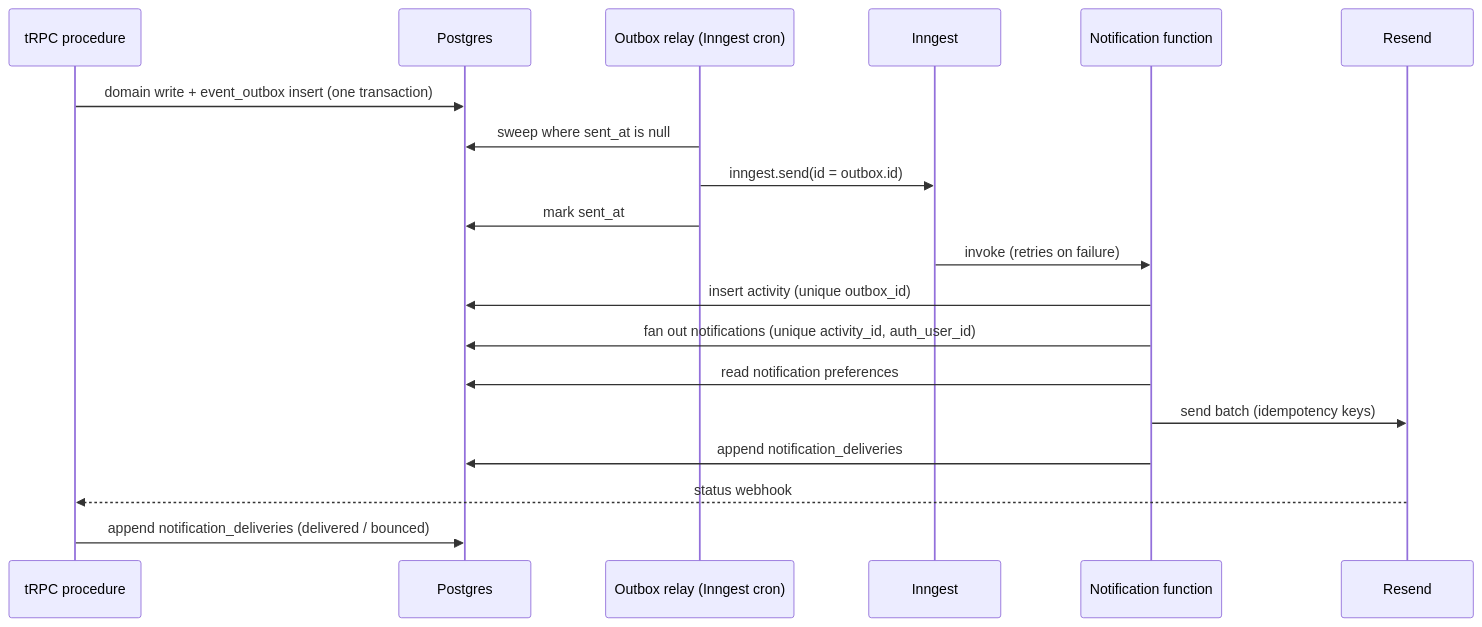
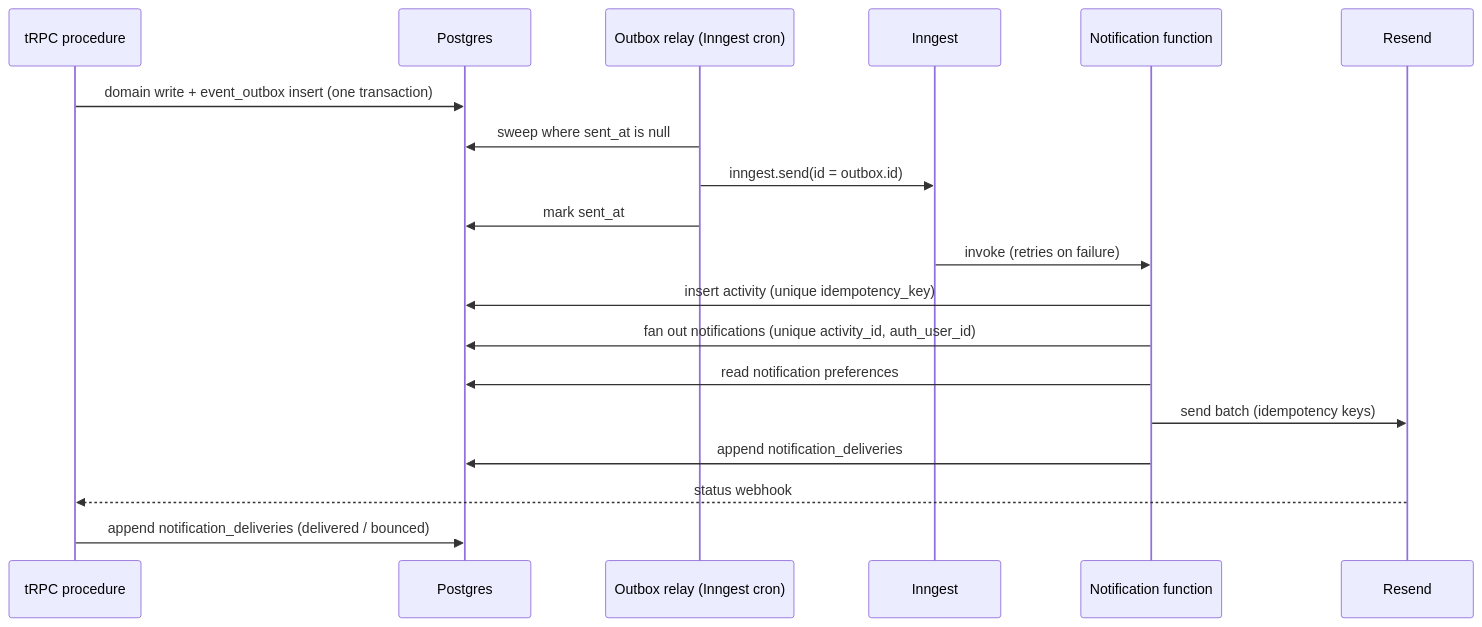
Before and after one commit to oneprojectorg/common: the second of 2 diagrams in docs/adr/0023-store-notifications-behind-a-transactional-outbox.md, drawn with Mermaid. The commit also changed other lines of this file and 4 other files, not shown here.

````diff
--- a/docs/adr/0023-store-notifications-behind-a-transactional-outbox.md
+++ b/docs/adr/0023-store-notifications-behind-a-transactional-outbox.md
@@ -125,22 +124,22 @@
 ```mermaid
 sequenceDiagram
   participant API as tRPC procedure
   participant PG as Postgres
   participant Relay as Outbox relay (Inngest cron)
   participant IG as Inngest
   participant FN as Notification function
   participant RS as Resend
 
   API->>PG: domain write + event_outbox insert (one transaction)
   Relay->>PG: sweep where sent_at is null
   Relay->>IG: inngest.send(id = outbox.id)
   Relay->>PG: mark sent_at
   IG->>FN: invoke (retries on failure)
-  FN->>PG: insert activity (unique outbox_id)
+  FN->>PG: insert activity (unique idempotency_key)
   FN->>PG: fan out notifications (unique activity_id, auth_user_id)
   FN->>PG: read notification preferences
   FN->>RS: send batch (idempotency keys)
   FN->>PG: append notification_deliveries
   RS-->>API: status webhook
   API->>PG: append notification_deliveries (delivered / bounced)
 ```
````
